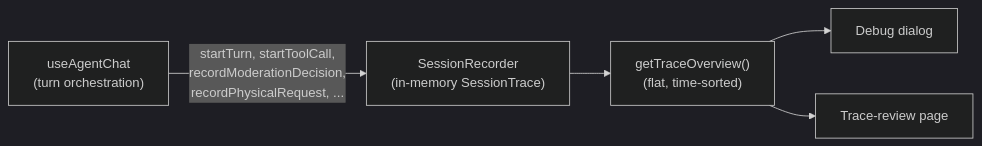
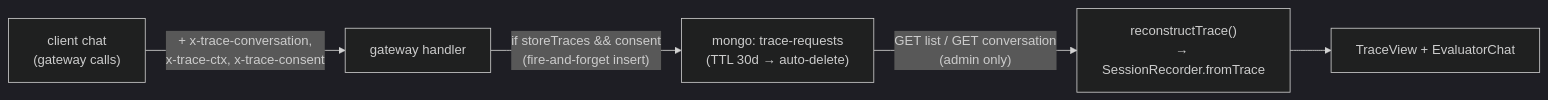
One commit to data-fair/agents changed the diagram in docs/architecture/tracing.md. Above: the diagram before and after it, drawn with Mermaid (dark theme). The commit also changed other lines of this file, not shown here.

Commit message:
docs(architecture): update tracing for server-side trace storage

````diff
--- a/docs/architecture/tracing.md
+++ b/docs/architecture/tracing.md
@@ -41,7 +122,7 @@
 ```mermaid
 flowchart LR
-  chat["useAgentChat\n(turn orchestration)"] -->|"startTurn, startToolCall,\nrecordModerationDecision,\nrecordPhysicalRequest, ..."| rec["SessionRecorder\n(in-memory SessionTrace)"]
-  rec --> overview["getTraceOverview()\n(flat, time-sorted)"]
-  overview --> dbg["Debug dialog"]
-  overview --> review["Trace-review page"]
+  chat["client chat\n(gateway calls)"] -->|"+ x-trace-conversation,\nx-trace-ctx, x-trace-consent"| gw["gateway handler"]
+  gw -->|"if storeTraces && consent\n(fire-and-forget insert)"| mongo["mongo: trace-requests\n(TTL 30d → auto-delete)"]
+  mongo -->|"GET list / GET conversation\n(admin only)"| view["reconstructTrace()\n→ SessionRecorder.fromTrace"]
+  view --> tv["TraceView + EvaluatorChat"]
 ```
````
